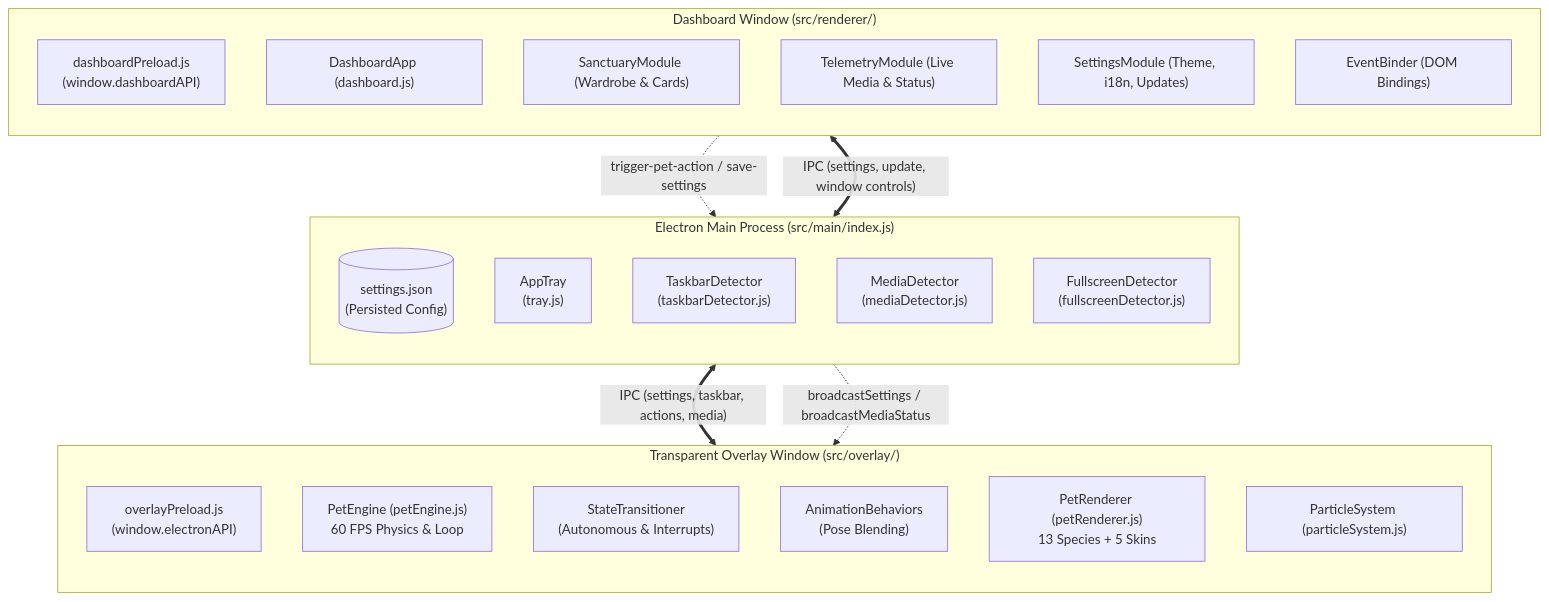
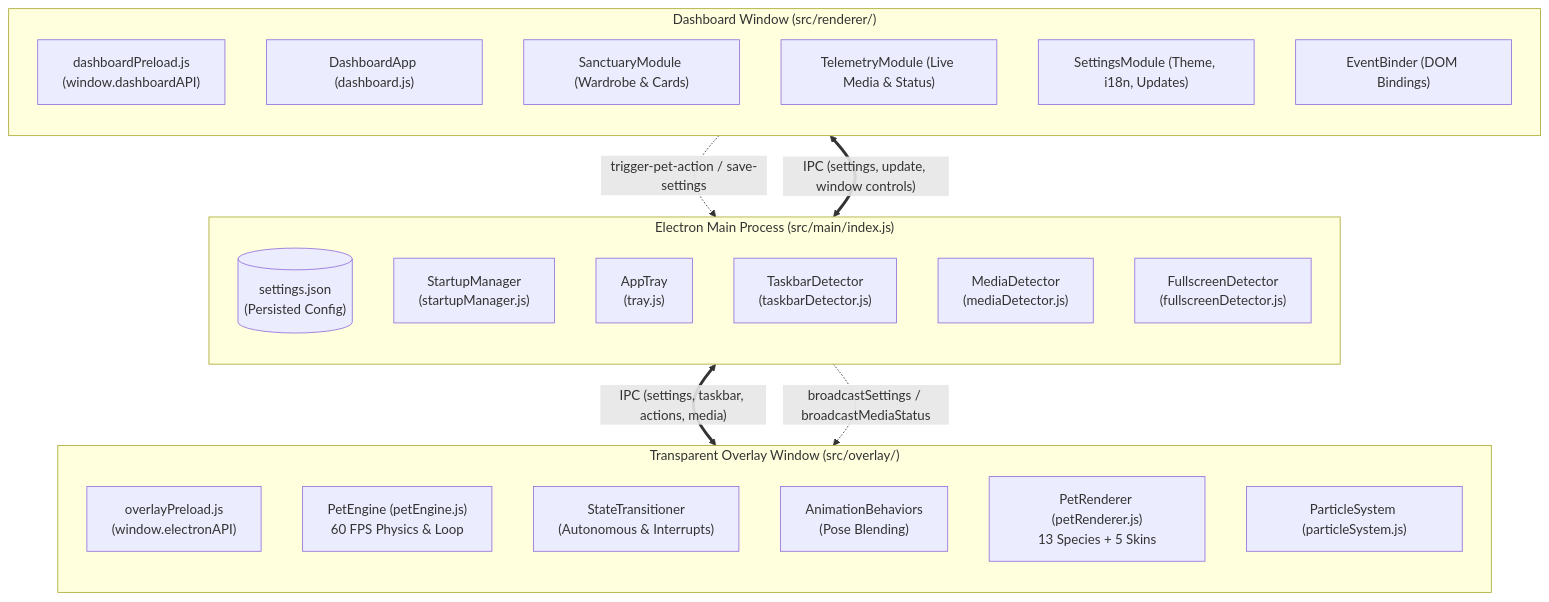
Before and after one commit to phaticusthiccy/NavBarPets: the diagram in ARCHITECTURE.md, drawn with Mermaid. The commit also changed other lines of this file and 3 other files, not shown here.

````diff
--- a/ARCHITECTURE.md
+++ b/ARCHITECTURE.md
@@ -93,37 +93,38 @@
 ```mermaid
 flowchart TB
     subgraph MainProcess["Electron Main Process (src/main/index.js)"]
         direction TB
         SettingsStorage[("settings.json\n(Persisted Config)")]
+        StartupMgr["StartupManager\n(startupManager.js)"]
         TrayMgr["AppTray\n(tray.js)"]
         TaskbarDet["TaskbarDetector\n(taskbarDetector.js)"]
         MediaDet["MediaDetector\n(mediaDetector.js)"]
         FSDet["FullscreenDetector\n(fullscreenDetector.js)"]
     end
 
     subgraph OverlayRenderer["Transparent Overlay Window (src/overlay/)"]
         direction TB
         OverlayPreload["overlayPreload.js\n(window.electronAPI)"]
         PetEngine["PetEngine (petEngine.js)\n60 FPS Physics & Loop"]
         StateFSM["StateTransitioner\n(Autonomous & Interrupts)"]
         Kinematics["AnimationBehaviors\n(Pose Blending)"]
         CanvasRenderer["PetRenderer (petRenderer.js)\n13 Species + 5 Skins"]
         ParticleSys["ParticleSystem (particleSystem.js)"]
     end
 
     subgraph DashboardRenderer["Dashboard Window (src/renderer/)"]
         direction TB
         DashPreload["dashboardPreload.js\n(window.dashboardAPI)"]
         DashboardApp["DashboardApp (dashboard.js)"]
         SanctuaryMod["SanctuaryModule (Wardrobe & Cards)"]
         TelemetryMod["TelemetryModule (Live Media & Status)"]
         SettingsMod["SettingsModule (Theme, i18n, Updates)"]
         EventBinderMod["EventBinder (DOM Bindings)"]
     end
 
     %% IPC Connections
     MainProcess <== "IPC (settings, taskbar, actions, media)" ==> OverlayRenderer
     MainProcess <== "IPC (settings, update, window controls)" ==> DashboardRenderer
     DashboardRenderer -. "trigger-pet-action / save-settings" .-> MainProcess
     MainProcess -. "broadcastSettings / broadcastMediaStatus" .-> OverlayRenderer
 ```
````
